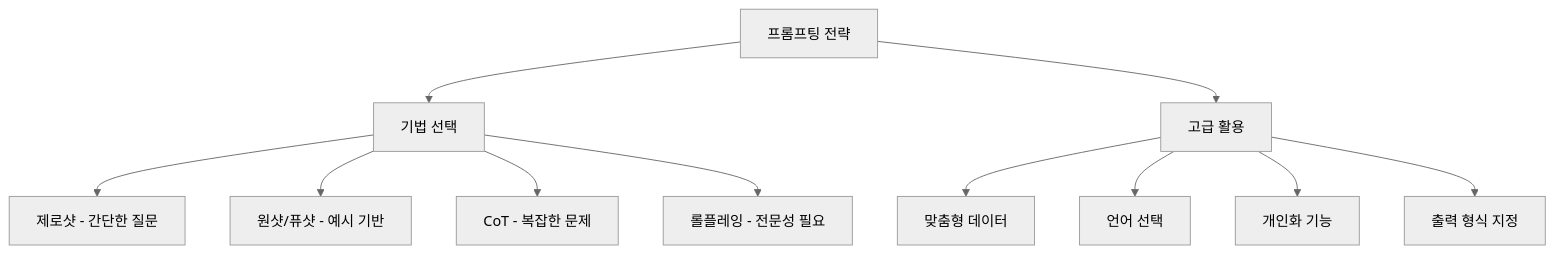
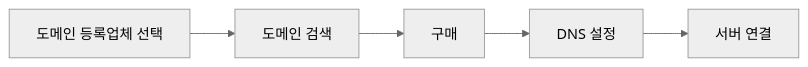
One commit to nugurejeil/weniVooks changed the second of 2 diagrams in _md/essentials-vibecoding/chapter04/04-3.md. Above: the diagram before and after it, drawn with Mermaid (neutral theme). The commit also changed other lines of this file and 49 other files, not shown here.

````diff
--- a/_md/essentials-vibecoding/chapter04/04-3.md
+++ b/_md/essentials-vibecoding/chapter04/04-3.md
@@ -261,15 +63,7 @@
 ```mermaid
-flowchart TD
-    A["프롬프팅 전략"] --> B["기법 선택"]
-    A --> C["고급 활용"]
-
-    B --> B1["제로샷 - 간단한 질문"]
-    B --> B2["원샷/퓨샷 - 예시 기반"]
-    B --> B3["CoT - 복잡한 문제"]
-    B --> B4["롤플레잉 - 전문성 필요"]
-
-    C --> C1["맞춤형 데이터"]
-    C --> C2["언어 선택"]
-    C --> C3["개인화 기능"]
-    C --> C4["출력 형식 지정"]
+flowchart LR
+    A["도메인 등록업체 선택"] --> B["도메인 검색"]
+    B --> C["구매"]
+    C --> D["DNS 설정"]
+    D --> E["서버 연결"]
 ```
````
